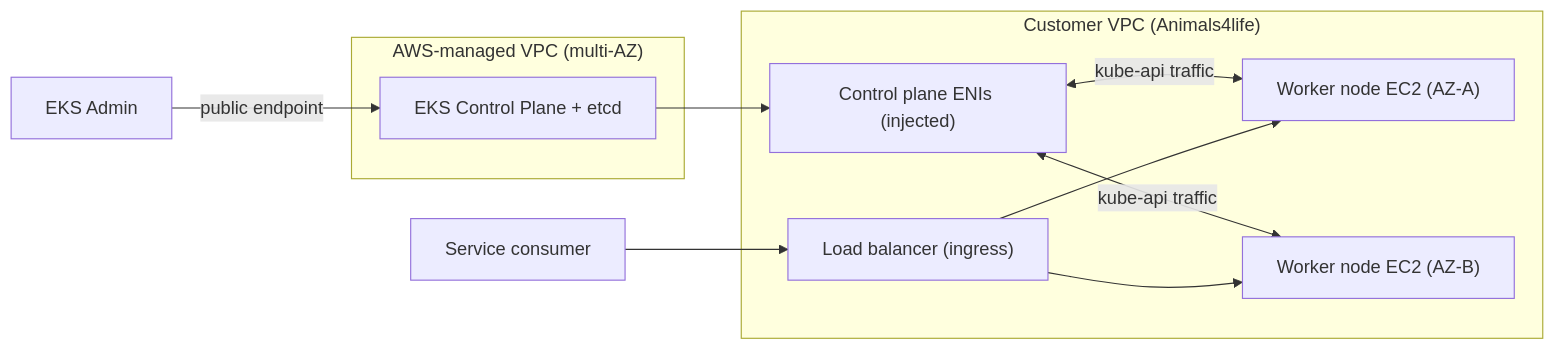
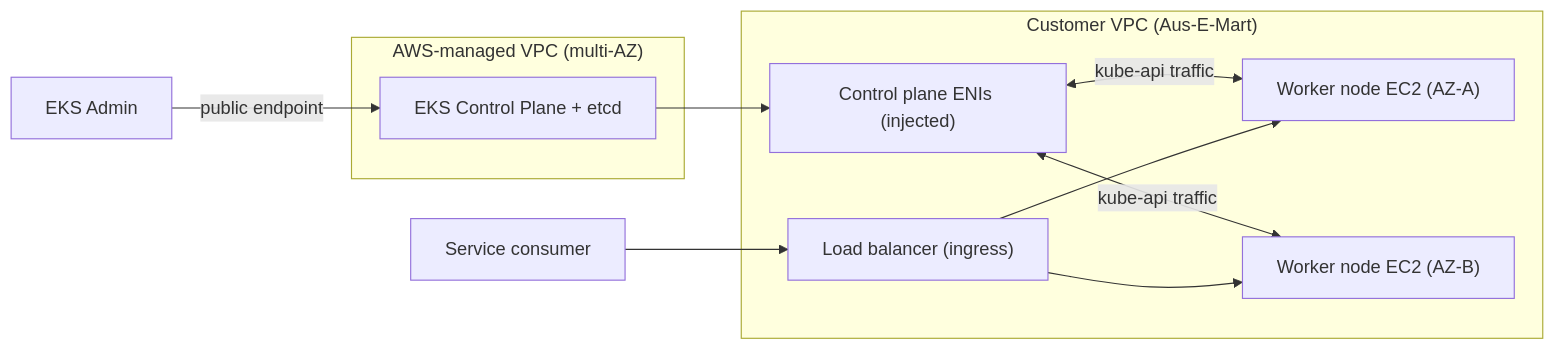
Before and after one commit to hairbui76/aws-saa-c03: the diagram in data/08 Containers/EKS.md, drawn with Mermaid. The commit also changed other lines of this file and 44 other files, not shown here.

````diff
--- a/data/08 Containers/EKS.md
+++ b/data/08 Containers/EKS.md
@@ -59,19 +63,19 @@
 ```mermaid
 flowchart LR
   ADMIN["EKS Admin"] -->|"public endpoint"| CP
   subgraph AWSVPC["AWS-managed VPC (multi-AZ)"]
     CP["EKS Control Plane + etcd"]
   end
-  subgraph CVPC["Customer VPC (Animals4life)"]
+  subgraph CVPC["Customer VPC (Aus-E-Mart)"]
     ENI["Control plane ENIs (injected)"]
     W1["Worker node EC2 (AZ-A)"]
     W2["Worker node EC2 (AZ-B)"]
     LB["Load balancer (ingress)"]
   end
   CP --> ENI
   ENI <-->|"kube-api traffic"| W1
   ENI <-->|"kube-api traffic"| W2
   LB --> W1
   LB --> W2
   USER["Service consumer"] --> LB
 ```
````
